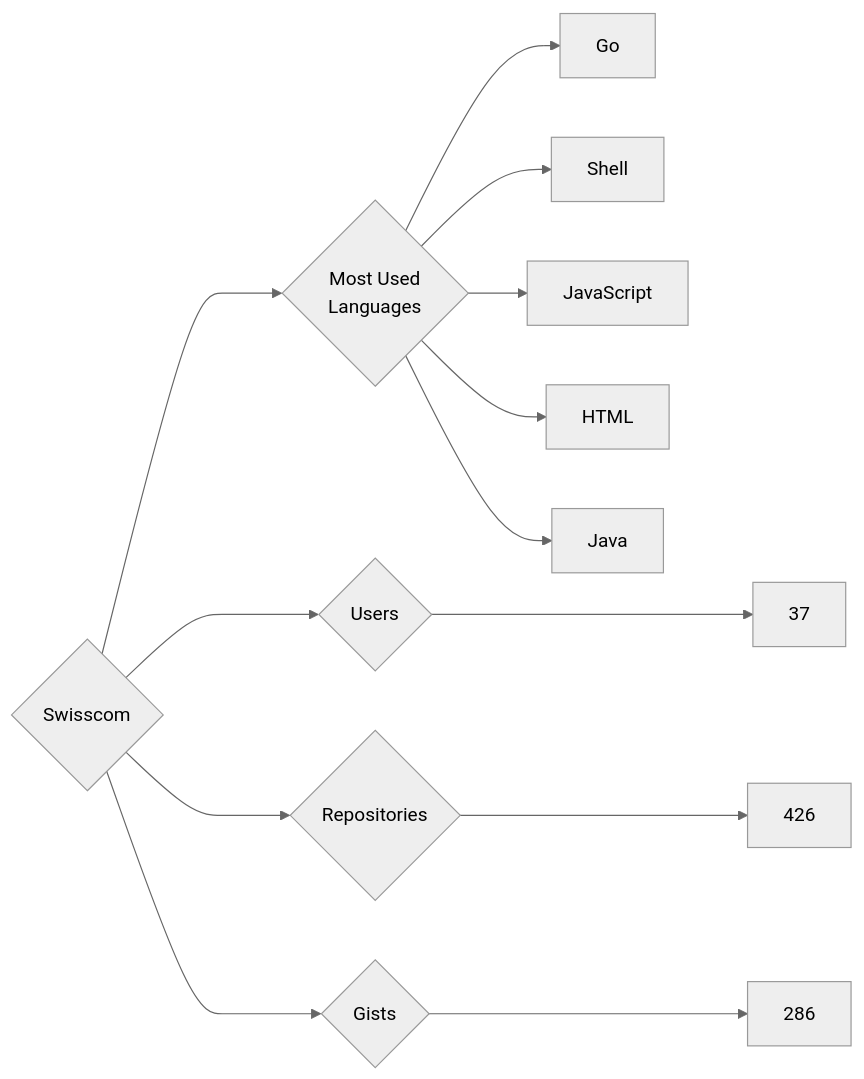
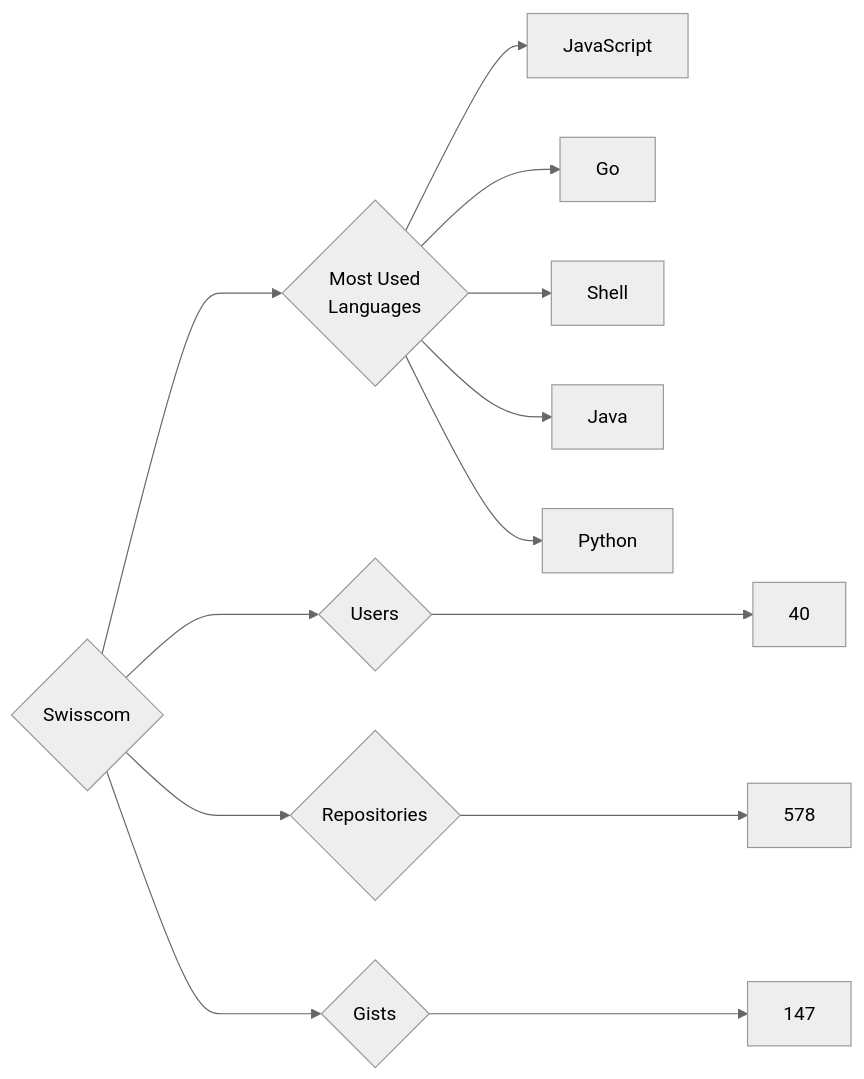
The diagram in targets/Swisscom/README.md (trickest/insiders), drawn with Mermaid (neutral theme) before and after one commit. The commit also changed 969 other files, not shown here.

````diff
--- a/targets/Swisscom/README.md
+++ b/targets/Swisscom/README.md
@@ -3,13 +3,13 @@
 ```mermaid
 graph LR
 COMPANY_NAME{Swisscom}
-COMPANY_NAME ---> U{Users} ---> UN[37]
-COMPANY_NAME ---> R{Repositories} ---> RN[426]
-COMPANY_NAME ---> G{Gists} ---> GN[286]
+COMPANY_NAME ---> U{Users} ---> UN[40]
+COMPANY_NAME ---> R{Repositories} ---> RN[578]
+COMPANY_NAME ---> G{Gists} ---> GN[147]
 COMPANY_NAME ---> ML{Most Used<br>Languages}
+ML --> JavaScript[JavaScript]
 ML --> Go[Go]
 ML --> Shell[Shell]
-ML --> JavaScript[JavaScript]
-ML --> HTML[HTML]
 ML --> Java[Java]
+ML --> Python[Python]
 ```
````
